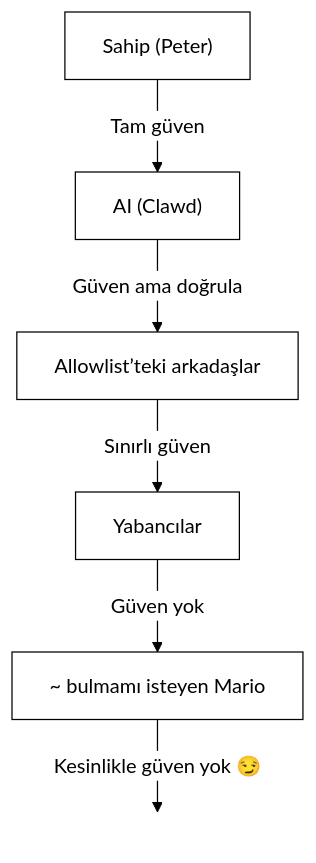
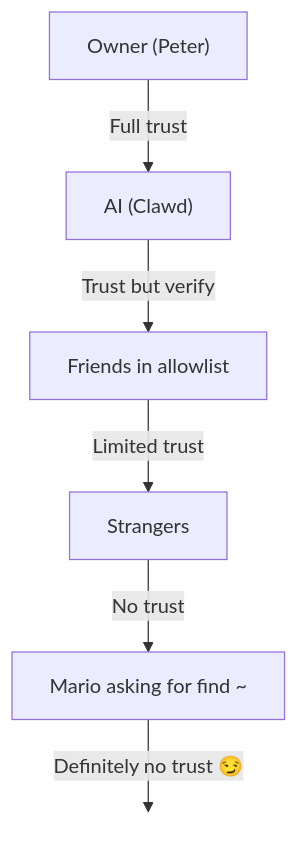
Before and after one commit to johnakelly-yahoo-com/veiseule-openclaw: the diagram in tr/gateway/security/index.md, drawn with Mermaid. The commit also changed other lines of this file and 7264 other files, not shown here.

````diff
--- a/tr/gateway/security/index.md
+++ b/tr/gateway/security/index.md
@@ -772,28 +793,12 @@
 ```mermaid
-%%{init: {
-  'theme': 'base',
-  'themeVariables': {
-    'primaryColor': '#ffffff',
-    'primaryTextColor': '#000000',
-    'primaryBorderColor': '#000000',
-    'lineColor': '#000000',
-    'secondaryColor': '#f9f9fb',
-    'tertiaryColor': '#ffffff',
-    'clusterBkg': '#f9f9fb',
-    'clusterBorder': '#000000',
-    'nodeBorder': '#000000',
-    'mainBkg': '#ffffff',
-    'edgeLabelBackground': '#ffffff'
-  }
-}}%%
 flowchart TB
-    A["Sahip (Peter)"] -- Tam güven --> B["AI (Clawd)"]
-    B -- Güven ama doğrula --> C["Allowlist’teki arkadaşlar"]
-    C -- Sınırlı güven --> D["Yabancılar"]
-    D -- Güven yok --> E["~ bulmamı isteyen Mario"]
-    E -- Kesinlikle güven yok 😏 --> F[" "]
+    A["Owner (Peter)"] -- Full trust --> B["AI (Clawd)"]
+    B -- Trust but verify --> C["Friends in allowlist"]
+    C -- Limited trust --> D["Strangers"]
+    D -- No trust --> E["Mario asking for find ~"]
+    E -- Definitely no trust 😏 --> F[" "]
 
-     %% En alttaki etiketin doğru gösterilmesi için şeffaf kutu gerekir
+     %% The transparent box is needed to show the bottom-most label correctly
      F:::Class_transparent_box
     classDef Class_transparent_box fill:transparent, stroke:transparent
 ```
````
